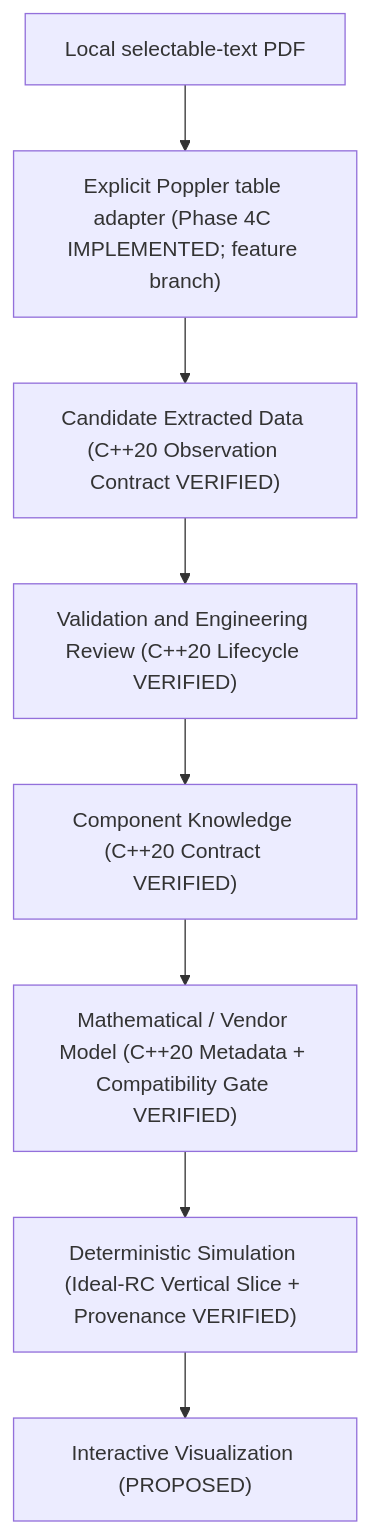
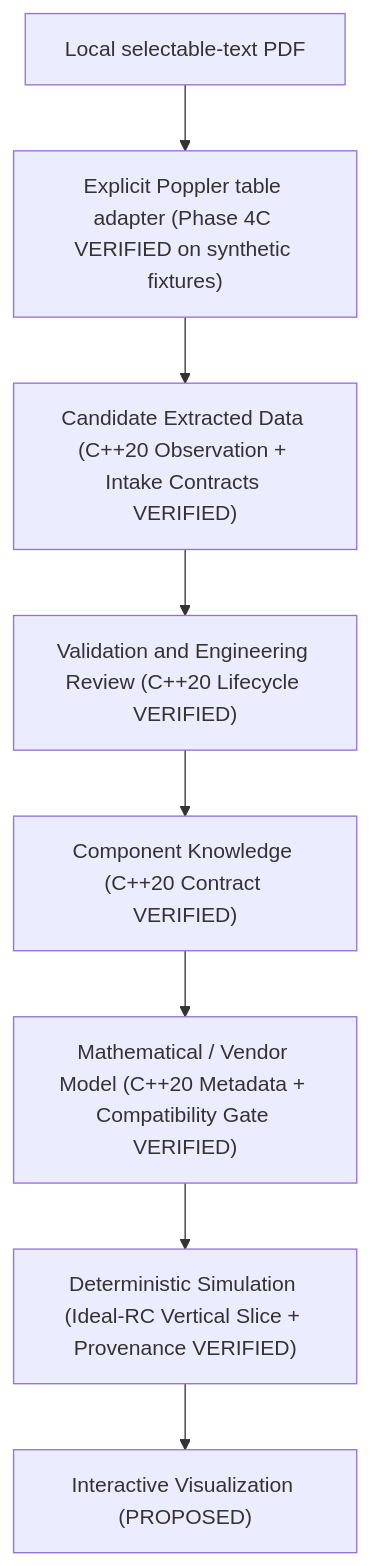
The diagram in docs/ARCHITECTURE.md (quocthaile/datasim), drawn with Mermaid before and after one commit. The commit also changed other lines of this file and 17 other files, not shown here.

Commit message:
feat(phase-4d): add PDF-to-Simulation end-to-end validation gate and reconcile Phase 4C docs

````diff
--- a/docs/ARCHITECTURE.md
+++ b/docs/ARCHITECTURE.md
@@ -36,10 +39,10 @@
 ```mermaid
 flowchart TD
-    DS["Local selectable-text PDF"] --> DP["Explicit Poppler table adapter (Phase 4C IMPLEMENTED; feature branch)"]
-    DP --> CE["Candidate Extracted Data (C++20 Observation Contract VERIFIED)"]
+    DS["Local selectable-text PDF"] --> DP["Explicit Poppler table adapter (Phase 4C VERIFIED on synthetic fixtures)"]
+    DP --> CE["Candidate Extracted Data (C++20 Observation + Intake Contracts VERIFIED)"]
     CE --> VR["Validation and Engineering Review (C++20 Lifecycle VERIFIED)"]
     VR --> CK["Component Knowledge (C++20 Contract VERIFIED)"]
     CK --> MM["Mathematical / Vendor Model (C++20 Metadata + Compatibility Gate VERIFIED)"]
     MM --> SIM["Deterministic Simulation (Ideal-RC Vertical Slice + Provenance VERIFIED)"]
     SIM --> VIS["Interactive Visualization (PROPOSED)"]
 ```
````
